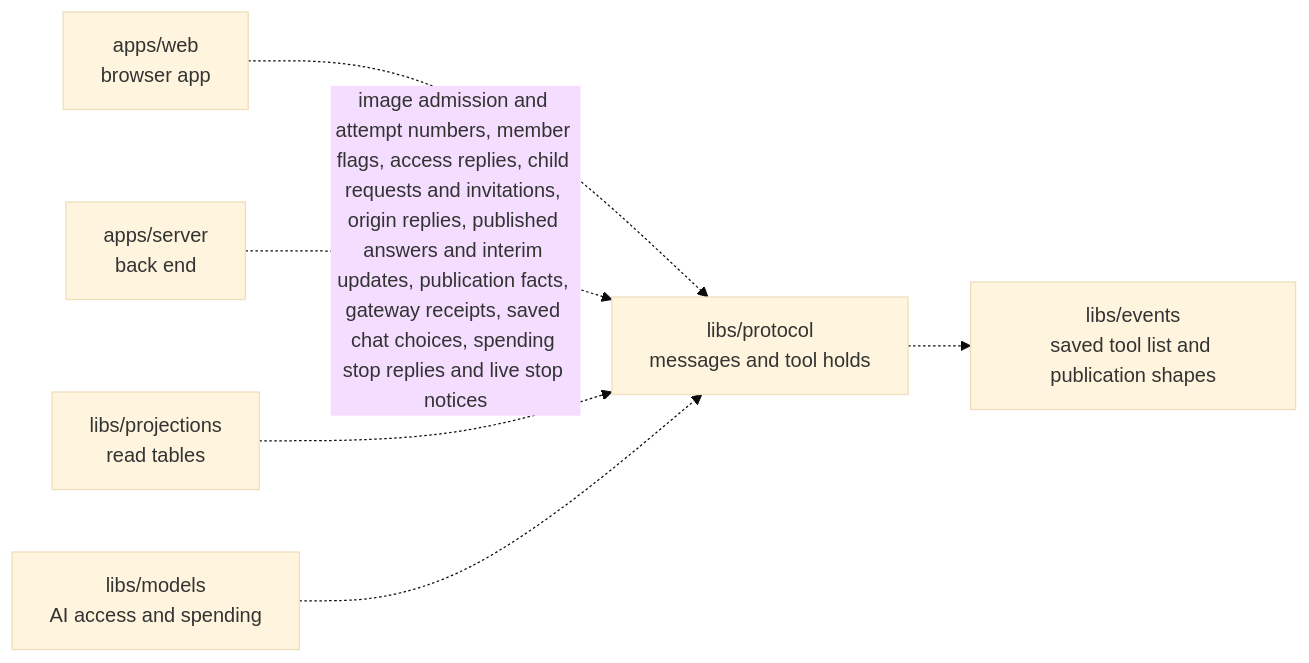
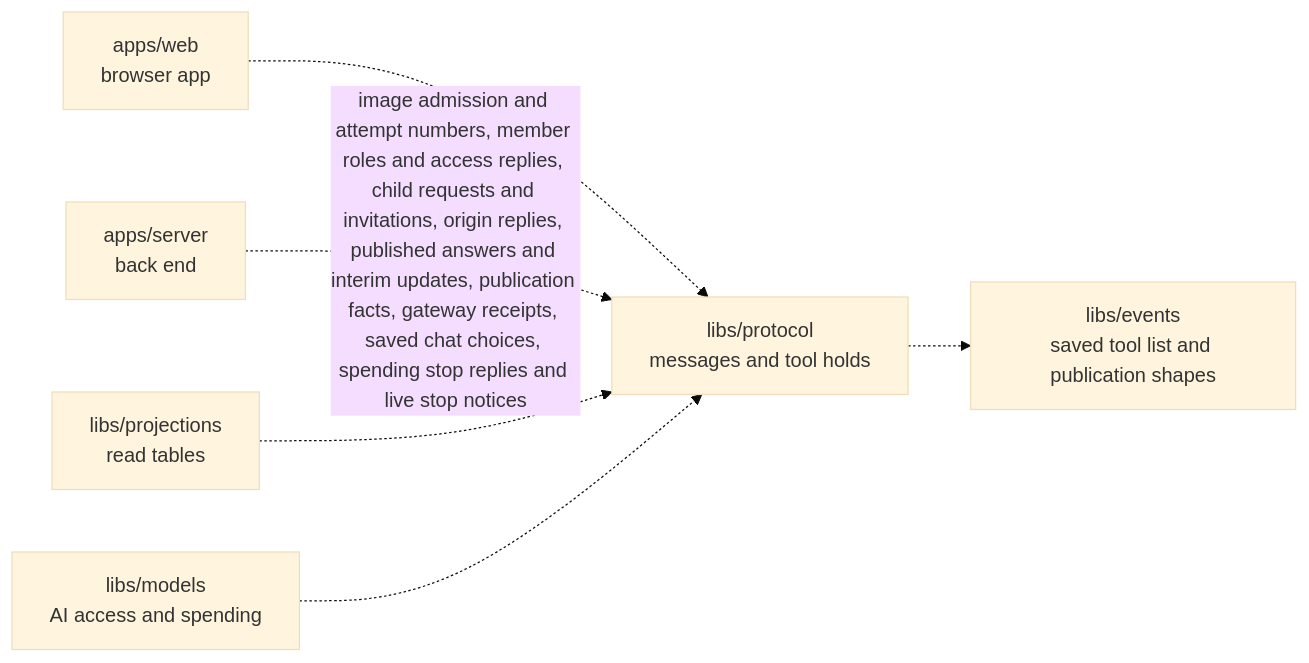
Before and after one commit to elewa-git/opencrane-new: the diagram in libs/protocol/README.md, drawn with Mermaid (base theme). The commit also changed other lines of this file and 29 other files, not shown here.

````diff
--- a/libs/protocol/README.md
+++ b/libs/protocol/README.md
@@ -11,8 +11,8 @@
 ```mermaid
 flowchart LR
   web["apps/web<br/>browser app"] -.-> protocol["libs/protocol<br/>messages and tool holds"]
-  server["apps/server<br/>back end"] -.->|image admission and attempt numbers, member flags, access replies, child requests and invitations, origin replies, published answers and interim updates, publication facts, gateway receipts, saved chat choices, spending stop replies and live stop notices| protocol
+  server["apps/server<br/>back end"] -.->|image admission and attempt numbers, member roles and access replies, child requests and invitations, origin replies, published answers and interim updates, publication facts, gateway receipts, saved chat choices, spending stop replies and live stop notices| protocol
   projections["libs/projections<br/>read tables"] -.-> protocol
   models["libs/models<br/>AI access and spending"] -.-> protocol
   protocol -.-> events["libs/events<br/>saved tool list and publication shapes"]
 ```
````
